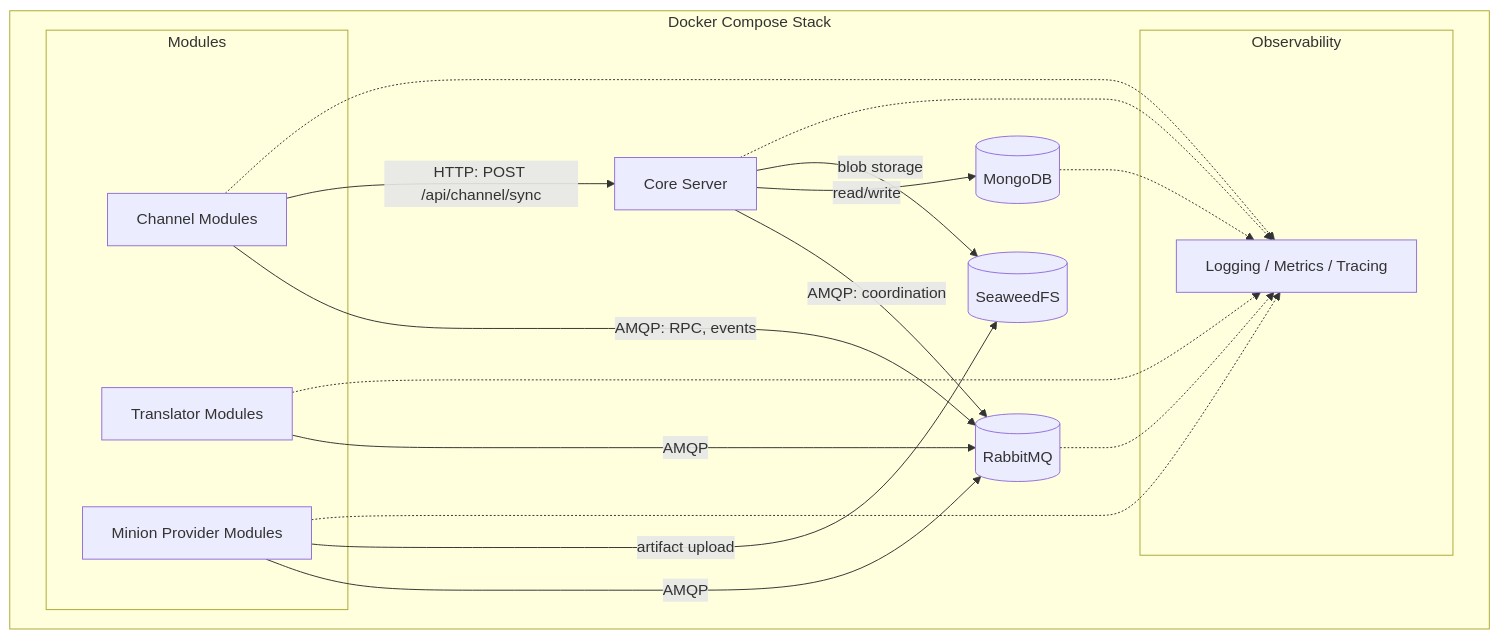
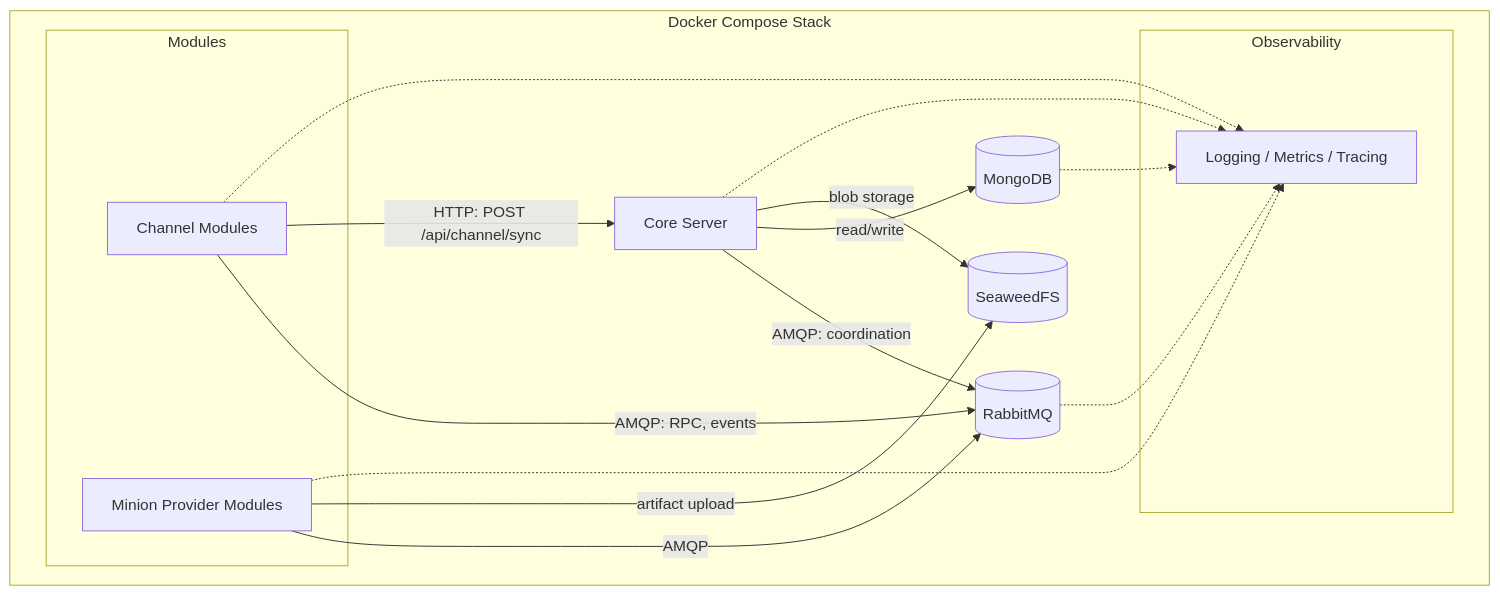
One commit to vibe-c2/vibe-c2-docs changed the diagram in src/content/docs/core-infrastructure.md. Above: the diagram before and after it, drawn with Mermaid. The commit also changed other lines of this file and 5 other files, not shown here.

````diff
--- a/src/content/docs/core-infrastructure.md
+++ b/src/content/docs/core-infrastructure.md
@@ -11,37 +11,34 @@
 ```mermaid
 graph TD
     subgraph compose["Docker Compose Stack"]
         CS[Core Server]
         RMQ[(RabbitMQ)]
         DB[(MongoDB)]
         SFS[(SeaweedFS)]
 
         subgraph modules["Modules"]
             CH[Channel Modules]
-            TR[Translator Modules]
             IP[Minion Provider Modules]
         end
 
         subgraph obs["Observability"]
             OBS[Logging / Metrics / Tracing]
         end
     end
 
     CH -- "AMQP: RPC, events" --> RMQ
-    TR -- "AMQP" --> RMQ
     IP -- "AMQP" --> RMQ
     CS -- "AMQP: coordination" --> RMQ
 
     CH -- "HTTP: POST /api/channel/sync" --> CS
 
     CS -- "read/write" --> DB
     CS -- "blob storage" --> SFS
     IP -- "artifact upload" --> SFS
 
     CS -.-> OBS
     CH -.-> OBS
-    TR -.-> OBS
     IP -.-> OBS
     RMQ -.-> OBS
     DB -.-> OBS
 ```
````
